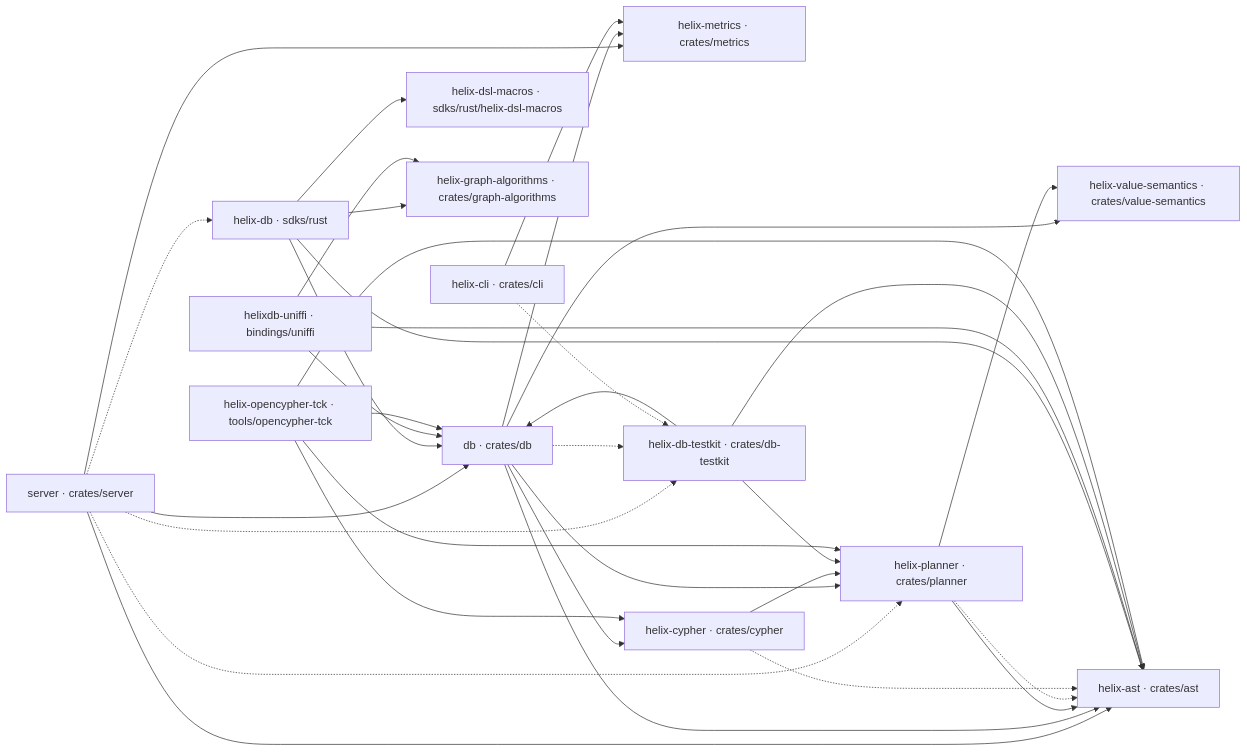
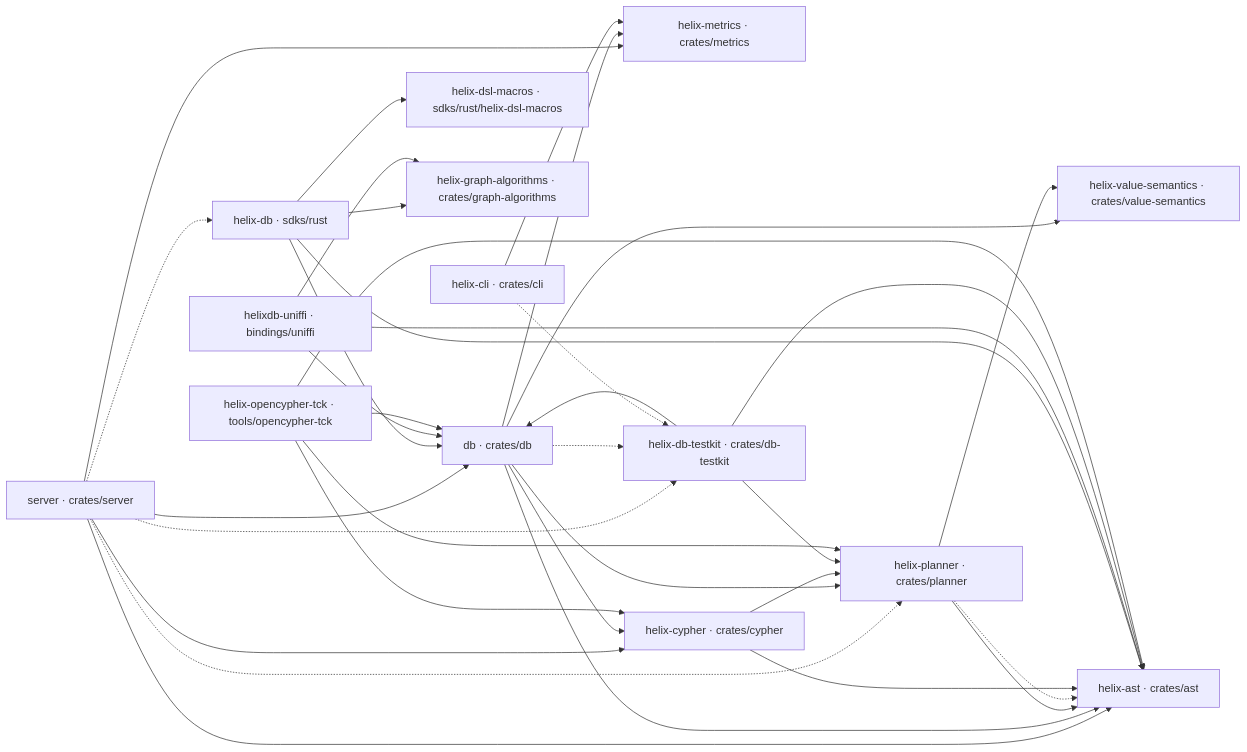
Before and after one commit to HelixDB/helix-db: the first of 5 diagrams in docs/codebase-map.md, drawn with Mermaid. The commit also changed other lines of this file and 31 other files, not shown here.

````diff
--- a/docs/codebase-map.md
+++ b/docs/codebase-map.md
@@ -16,36 +16,37 @@
 ```mermaid
 flowchart LR
     server["server · crates/server"] --> db["db · crates/db"]
     server --> ast["helix-ast · crates/ast"]
     server --> metrics["helix-metrics · crates/metrics"]
+    server --> cypher
     server -.-> sdk["helix-db · sdks/rust"]
     server -.-> testkit["helix-db-testkit · crates/db-testkit"]
     server -.-> planner["helix-planner · crates/planner"]
     db --> ast
     db --> planner
     db --> cypher["helix-cypher · crates/cypher"]
     db --> semantics["helix-value-semantics · crates/value-semantics"]
     db --> metrics
     db -.-> testkit
     planner --> ast
     planner --> semantics
     planner -.-> ast
     cypher --> planner
-    cypher -.-> ast
+    cypher --> ast
     sdk --> db
     sdk --> ast
     sdk --> macros["helix-dsl-macros · sdks/rust/helix-dsl-macros"]
     sdk --> algorithms["helix-graph-algorithms · crates/graph-algorithms"]
     ffi["helixdb-uniffi · bindings/uniffi"] --> db
     ffi --> ast
     ffi --> algorithms
     cli["helix-cli · crates/cli"] --> metrics
     cli -.-> testkit
     testkit --> db
     testkit --> ast
     testkit --> planner
     tck["helix-opencypher-tck · tools/opencypher-tck"] --> db
     tck --> ast
     tck --> cypher
     tck --> planner
 ```
````
